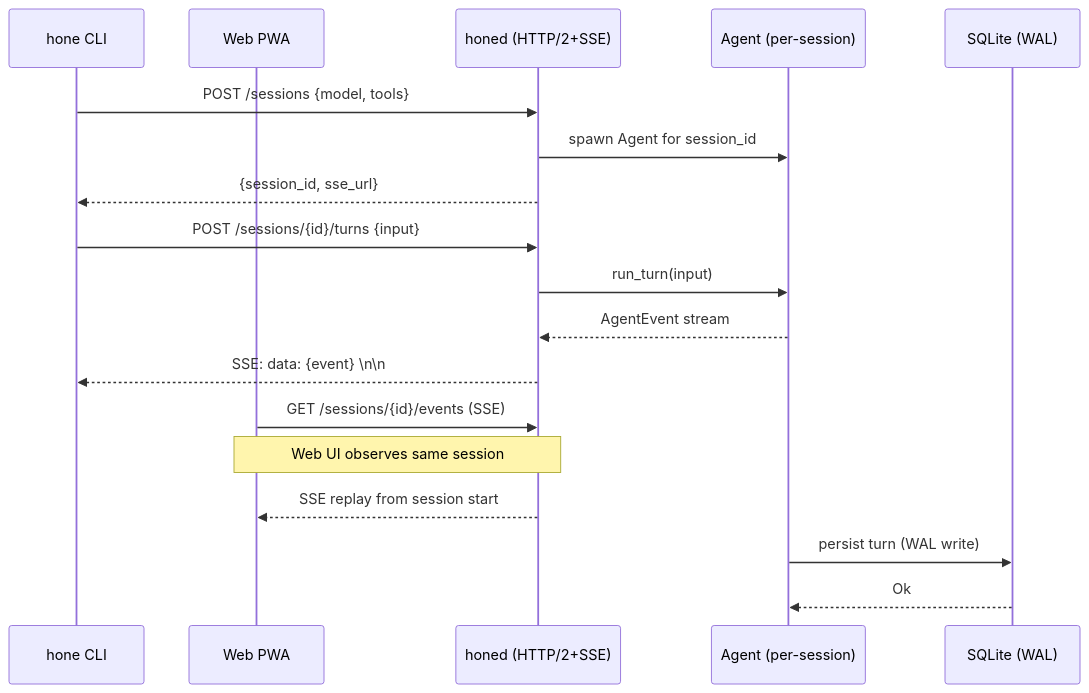
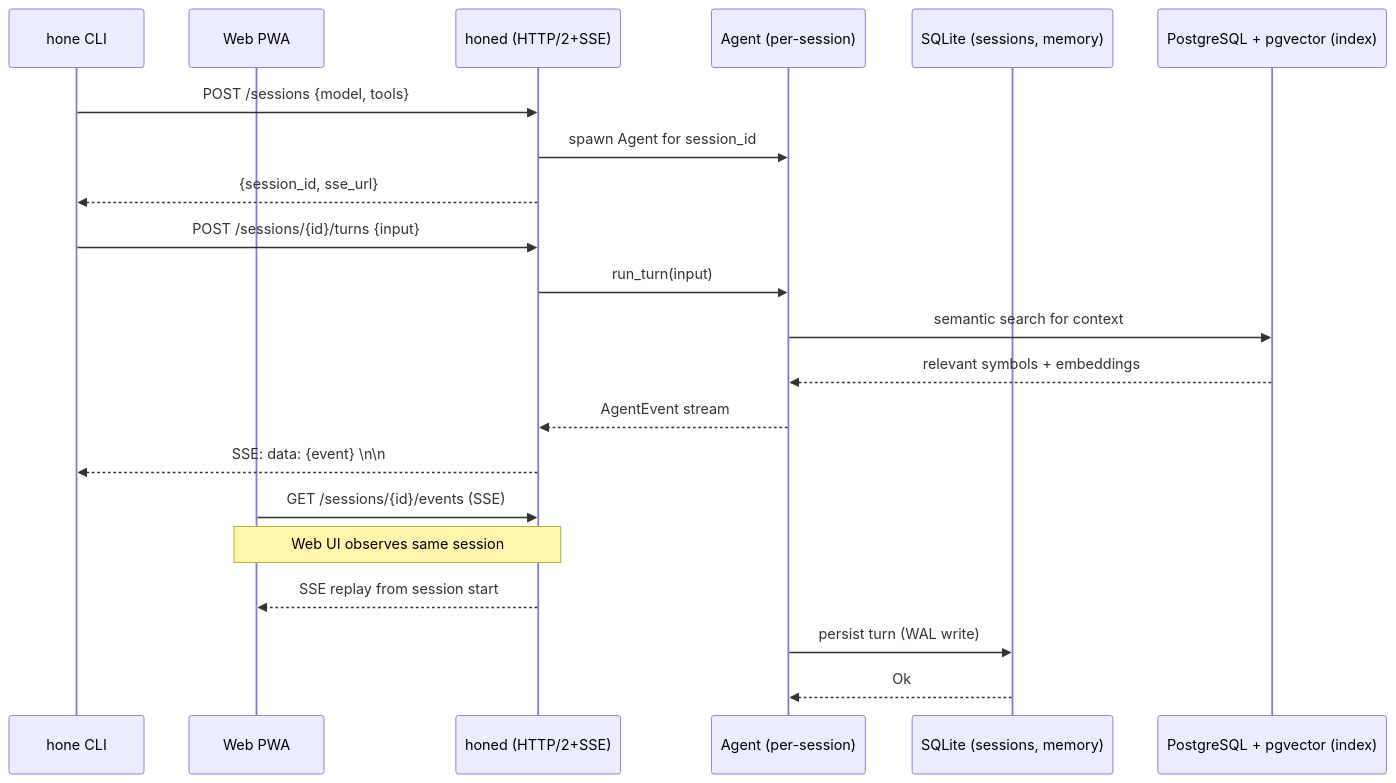
Before and after one commit to wojciechkpl/hone: the fifth of 12 diagrams in docs/architecture.md, drawn with Mermaid. The commit also changed other lines of this file, not shown here.

First line of the commit message:
Update architecture for PostgreSQL + pgvector in hone-index

````diff
--- a/docs/architecture.md
+++ b/docs/architecture.md
@@ -410,24 +410,27 @@
 ```mermaid
 sequenceDiagram
     participant CLI as hone CLI
     participant Web as Web PWA
     participant Daemon as honed (HTTP/2+SSE)
     participant Core as Agent (per-session)
-    participant DB as SQLite (WAL)
+    participant SQLite as SQLite (sessions, memory)
+    participant PG as PostgreSQL + pgvector (index)
 
     CLI->>Daemon: POST /sessions {model, tools}
     Daemon->>Core: spawn Agent for session_id
     Daemon-->>CLI: {session_id, sse_url}
 
     CLI->>Daemon: POST /sessions/{id}/turns {input}
     Daemon->>Core: run_turn(input)
+    Core->>PG: semantic search for context
+    PG-->>Core: relevant symbols + embeddings
     Core-->>Daemon: AgentEvent stream
     Daemon-->>CLI: SSE: data: {event} \n\n
 
     Web->>Daemon: GET /sessions/{id}/events (SSE)
     Note over Daemon,Web: Web UI observes same session
     Daemon-->>Web: SSE replay from session start
 
-    Core->>DB: persist turn (WAL write)
-    DB-->>Core: Ok
+    Core->>SQLite: persist turn (WAL write)
+    SQLite-->>Core: Ok
 ```
````
